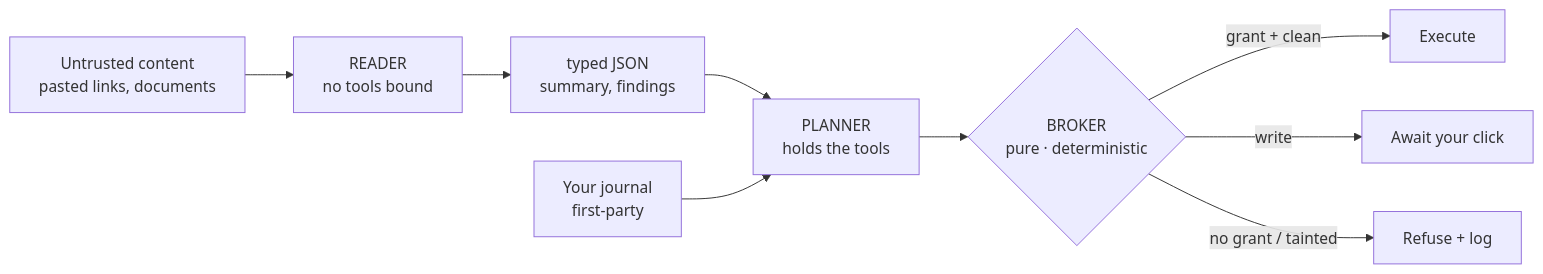
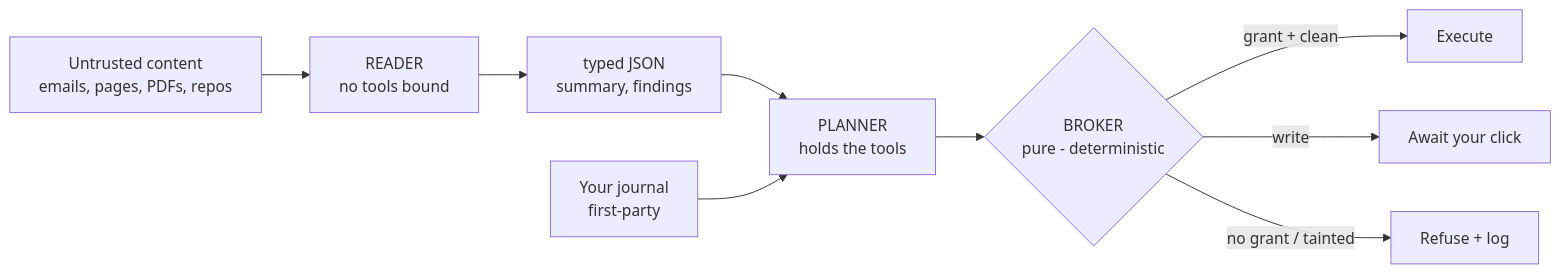
The diagram in README.md (Devaraj-05/Perimeter-GCP-Ideathon), drawn with Mermaid before and after one commit. The commit also changed other lines of this file and 1 other file, not shown here.

````diff
--- a/README.md
+++ b/README.md
@@ -113,11 +197,11 @@
 ```mermaid
 flowchart LR
-    U["Untrusted content<br/>pasted links, documents"] --> R["READER<br/>no tools bound"]
+    U["Untrusted content<br/>emails, pages, PDFs, repos"] --> R["READER<br/>no tools bound"]
     R --> J["typed JSON<br/>summary, findings"]
     J --> P["PLANNER<br/>holds the tools"]
-    P --> B{"BROKER<br/>pure · deterministic"}
     F["Your journal<br/>first-party"] --> P
+    P --> B{"BROKER<br/>pure - deterministic"}
     B -->|"grant + clean"| X["Execute"]
     B -->|"write"| Q["Await your click"]
     B -->|"no grant / tainted"| D["Refuse + log"]
 ```
````
